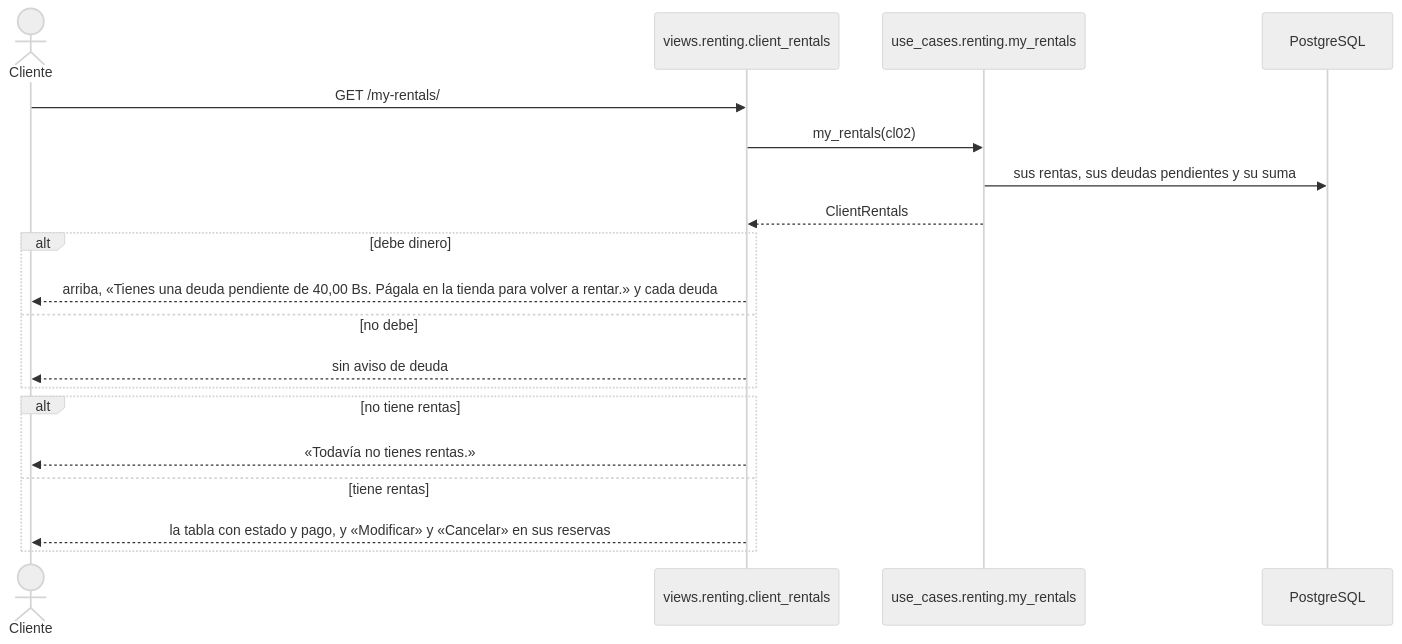
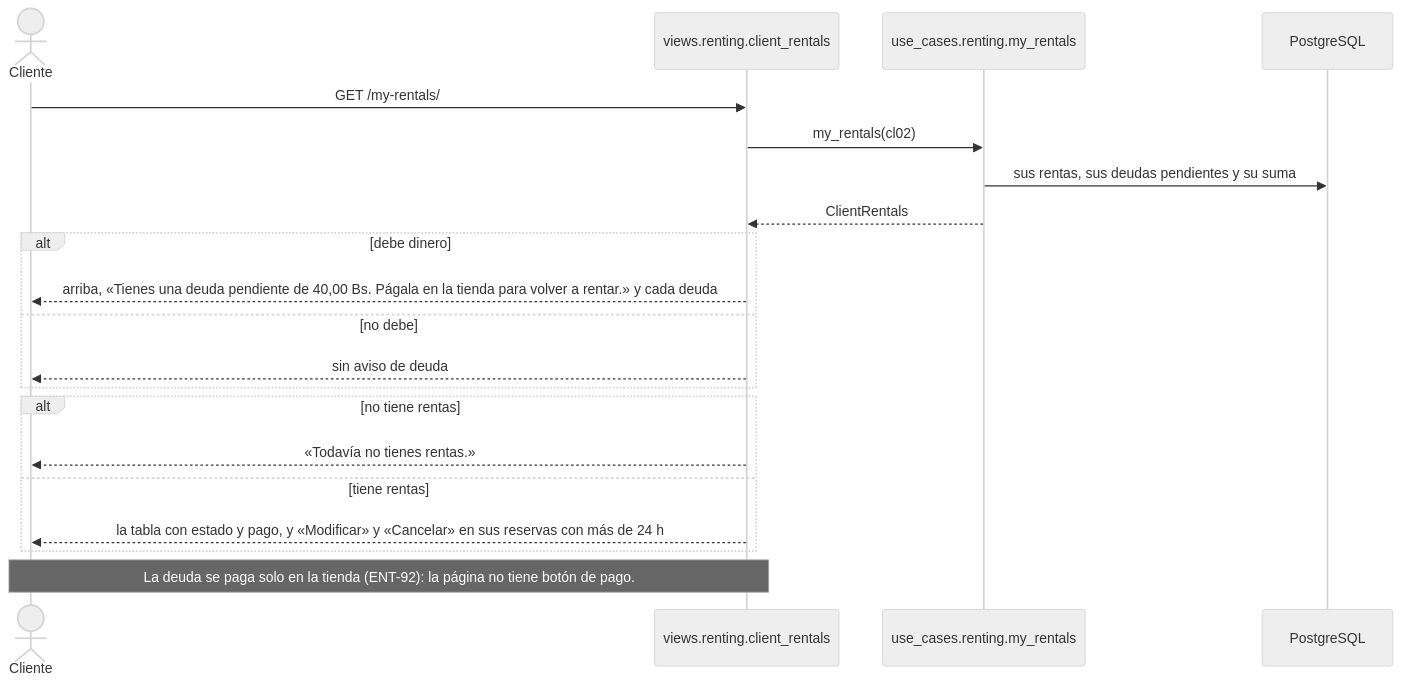
One commit to peterteranb/astra-rent-system changed diagram 17 of 20 in docs/casos-de-uso.md. Above: the diagram before and after it, drawn with Mermaid (neutral theme). The commit also changed other lines of this file and 6 other files, not shown here.

````diff
--- a/docs/casos-de-uso.md
+++ b/docs/casos-de-uso.md
@@ -770,21 +787,22 @@
 ```mermaid
 sequenceDiagram
     actor C as Cliente
     participant V as views.renting.client_rentals
     participant U as use_cases.renting.my_rentals
     participant BD as PostgreSQL
     C->>V: GET /my-rentals/
     V->>U: my_rentals(cl02)
     U->>BD: sus rentas, sus deudas pendientes y su suma
     U-->>V: ClientRentals
     alt debe dinero
         V-->>C: arriba, «Tienes una deuda pendiente de 40,00 Bs. Págala en la tienda para volver a rentar.» y cada deuda
     else no debe
         V-->>C: sin aviso de deuda
     end
     alt no tiene rentas
         V-->>C: «Todavía no tienes rentas.»
     else tiene rentas
-        V-->>C: la tabla con estado y pago, y «Modificar» y «Cancelar» en sus reservas
+        V-->>C: la tabla con estado y pago, y «Modificar» y «Cancelar» en sus reservas con más de 24 h
     end
+    Note over C,V: La deuda se paga solo en la tienda (ENT-92): la página no tiene botón de pago.
 ```
````
